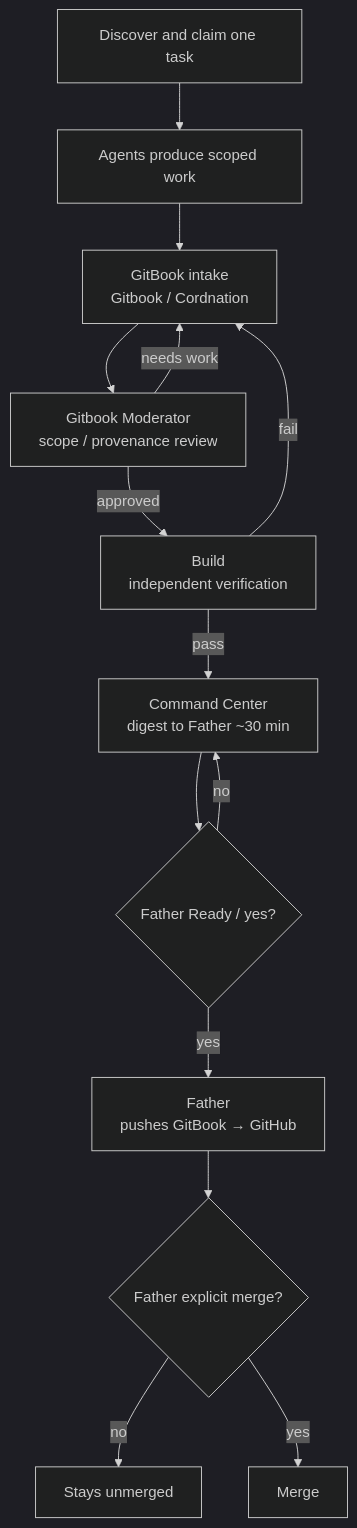
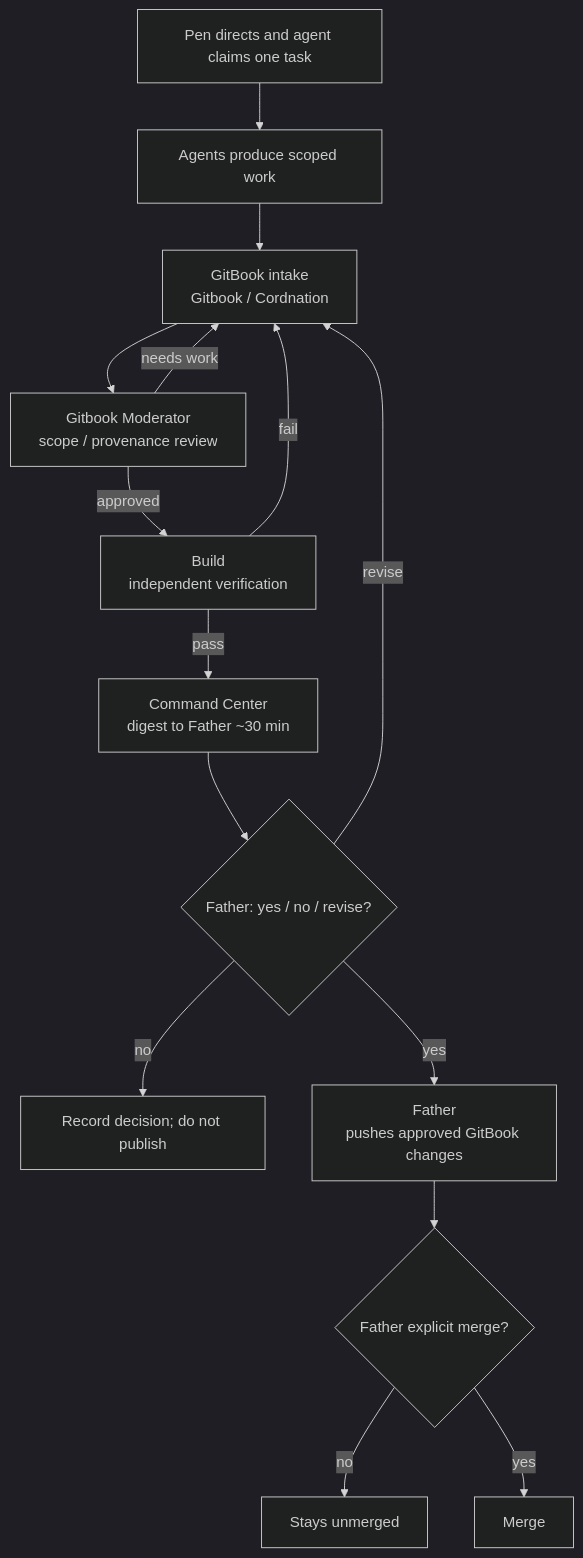
One commit to vitalitychems-dot/Gitbook changed the diagram in mesh/flow.md. Above: the diagram before and after it, drawn with Mermaid (dark theme). The commit also changed other lines of this file and 4 other files, not shown here.

````diff
--- a/mesh/flow.md
+++ b/mesh/flow.md
@@ -14,16 +16,17 @@
 ```mermaid
 flowchart TD
-  A[Discover and claim one task] --> B[Agents produce scoped work]
+  A[Pen directs and agent claims one task] --> B[Agents produce scoped work]
   B --> C[GitBook intake<br/>Gitbook / Cordnation]
   C --> D[Gitbook Moderator<br/>scope / provenance review]
   D -->|approved| E[Build<br/>independent verification]
   D -->|needs work| C
   E -->|pass| F[Command Center<br/>digest to Father ~30 min]
   E -->|fail| C
-  F --> G{Father Ready / yes?}
-  G -->|no| F
-  G -->|yes| H[Father<br/>pushes GitBook → GitHub]
-  H --> I{Father explicit merge?}
-  I -->|no| J[Stays unmerged]
-  I -->|yes| K[Merge]
+  F --> G{Father: yes / no / revise?}
+  G -->|no| H[Record decision; do not publish]
+  G -->|revise| C
+  G -->|yes| I[Father<br/>pushes approved GitBook changes]
+  I --> J{Father explicit merge?}
+  J -->|no| K[Stays unmerged]
+  J -->|yes| L[Merge]
 ```
````
